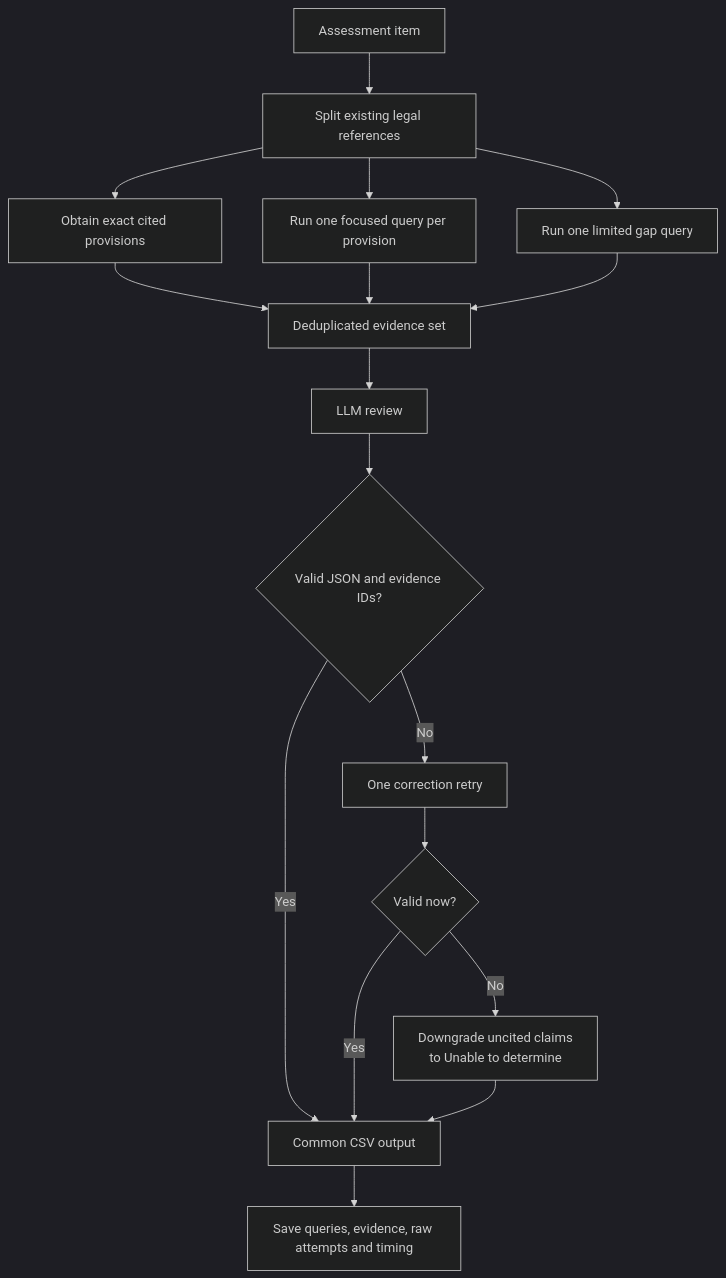
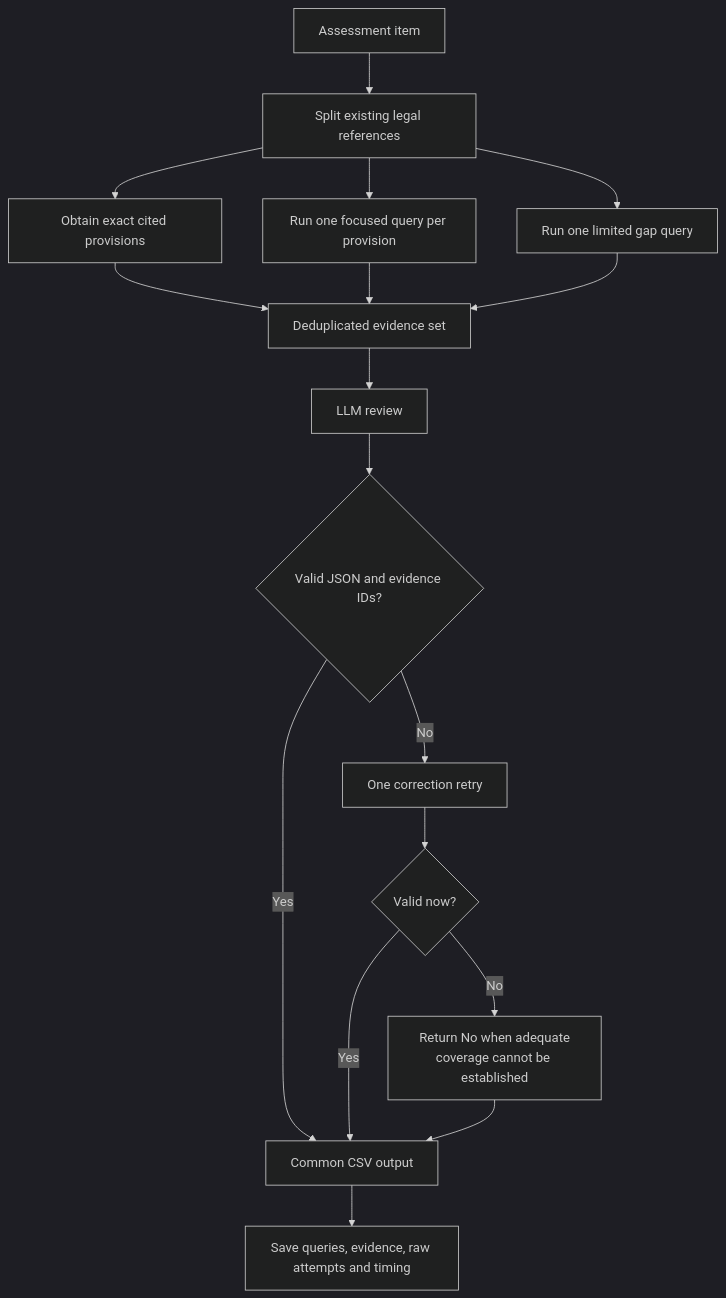
The second of 2 diagrams in thesis_outputs/system_diagrams.md (liyouqi/ai-cyber-risk-thesis), drawn with Mermaid (dark theme) before and after one commit. The commit also changed other lines of this file and 33 other files, not shown here.

````diff
--- a/thesis_outputs/system_diagrams.md
+++ b/thesis_outputs/system_diagrams.md
@@ -24,19 +24,19 @@
 ```mermaid
 flowchart TD
     I[Assessment item] --> P[Split existing legal references]
     P --> E[Obtain exact cited provisions]
     P --> Q[Run one focused query per provision]
     P --> G[Run one limited gap query]
     E --> V[Deduplicated evidence set]
     Q --> V
     G --> V
     V --> L[LLM review]
     L --> X{Valid JSON and evidence IDs?}
     X -- Yes --> O[Common CSV output]
     X -- No --> Y[One correction retry]
     Y --> Z{Valid now?}
     Z -- Yes --> O
-    Z -- No --> U[Downgrade uncited claims<br/>to Unable to determine]
+    Z -- No --> U[Return No when adequate<br/>coverage cannot be established]
     U --> O
     O --> S[Save queries, evidence, raw attempts and timing]
 ```
````
